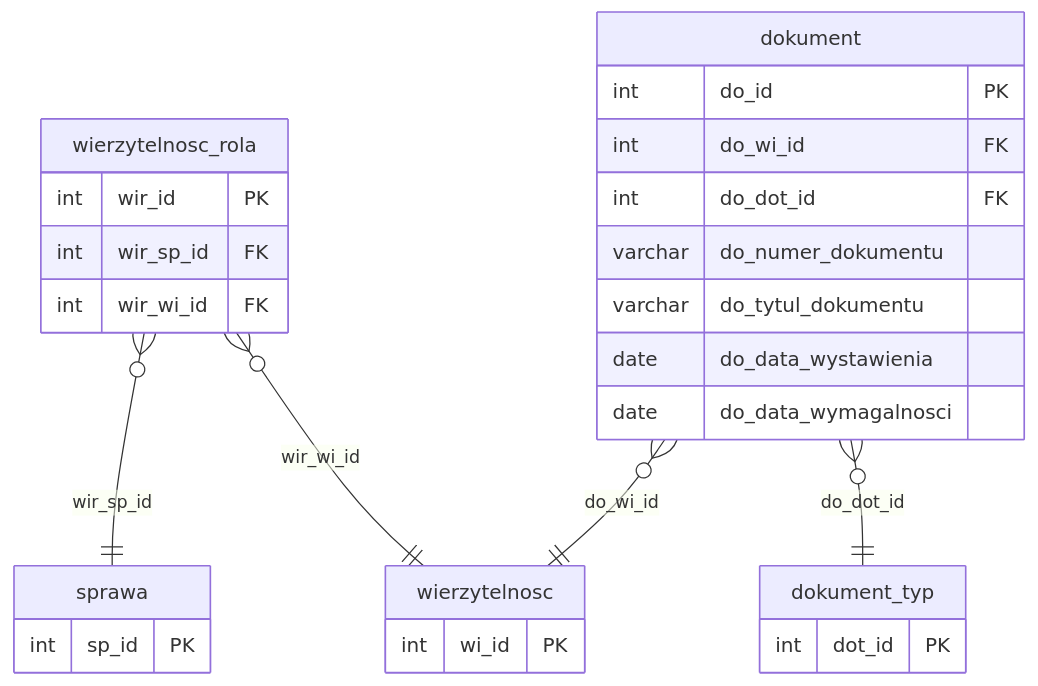
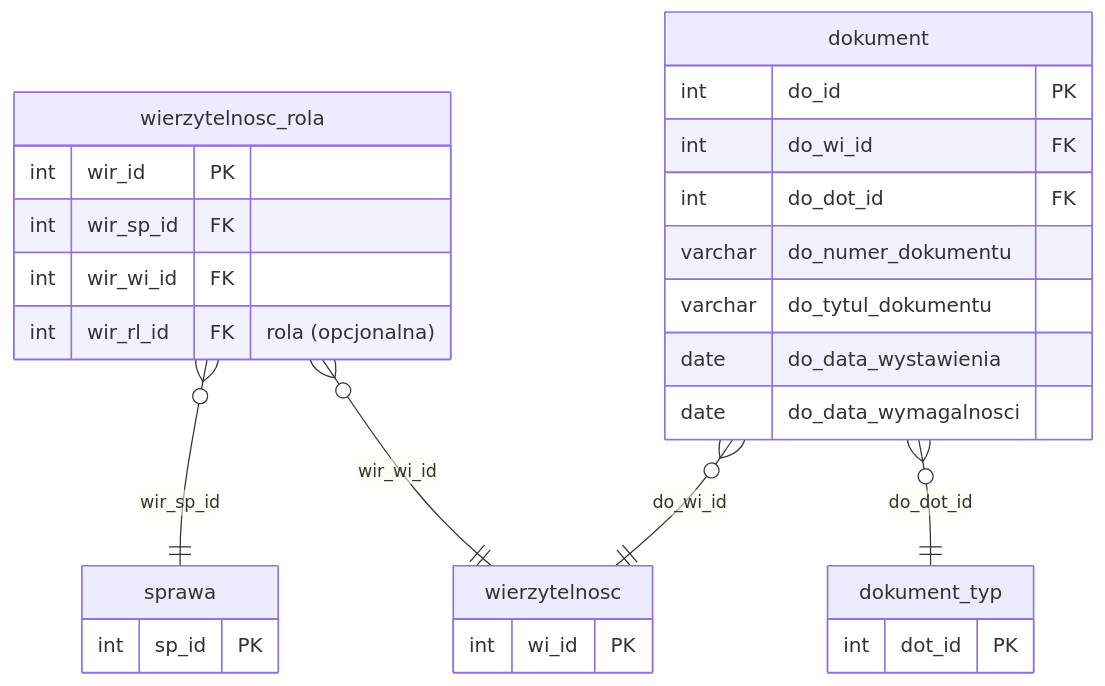
One commit to oskar-bialek-bakk/intrum-migration-docs changed the diagram in docs/struktura-stagingu/role-wierzytelnosci-i-dokumenty.md. Above: the diagram before and after it, drawn with Mermaid. The commit also changed 6 other files, not shown here.

````diff
--- a/docs/struktura-stagingu/role-wierzytelnosci-i-dokumenty.md
+++ b/docs/struktura-stagingu/role-wierzytelnosci-i-dokumenty.md
@@ -22,35 +22,36 @@
 ```mermaid
 erDiagram
     sprawa {
         int     sp_id    PK
     }
 
     wierzytelnosc {
         int     wi_id    PK
     }
 
     dokument_typ {
         int     dot_id   PK
     }
 
     wierzytelnosc_rola {
         int     wir_id          PK
         int     wir_sp_id       FK
         int     wir_wi_id       FK
+        int     wir_rl_id       FK   "rola (opcjonalna)"
     }
 
     dokument {
         int     do_id                   PK
         int     do_wi_id                FK
         int     do_dot_id               FK
         varchar do_numer_dokumentu
         varchar do_tytul_dokumentu
         date    do_data_wystawienia
         date    do_data_wymagalnosci
     }
 
     wierzytelnosc_rola  }o--||  sprawa         : "wir_sp_id"
     wierzytelnosc_rola  }o--||  wierzytelnosc  : "wir_wi_id"
     dokument            }o--||  wierzytelnosc  : "do_wi_id"
     dokument            }o--||  dokument_typ   : "do_dot_id"
 ```
````
